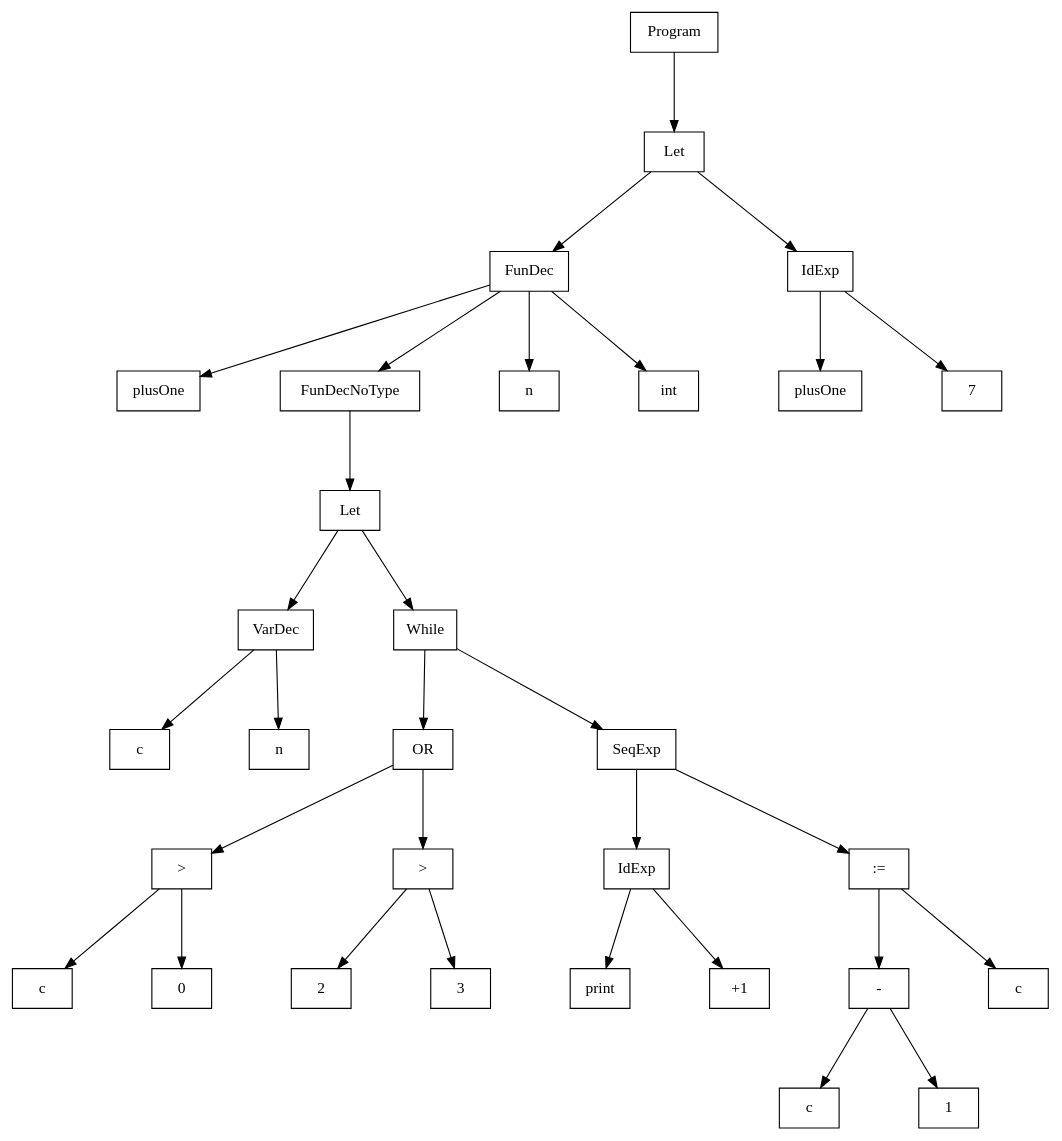
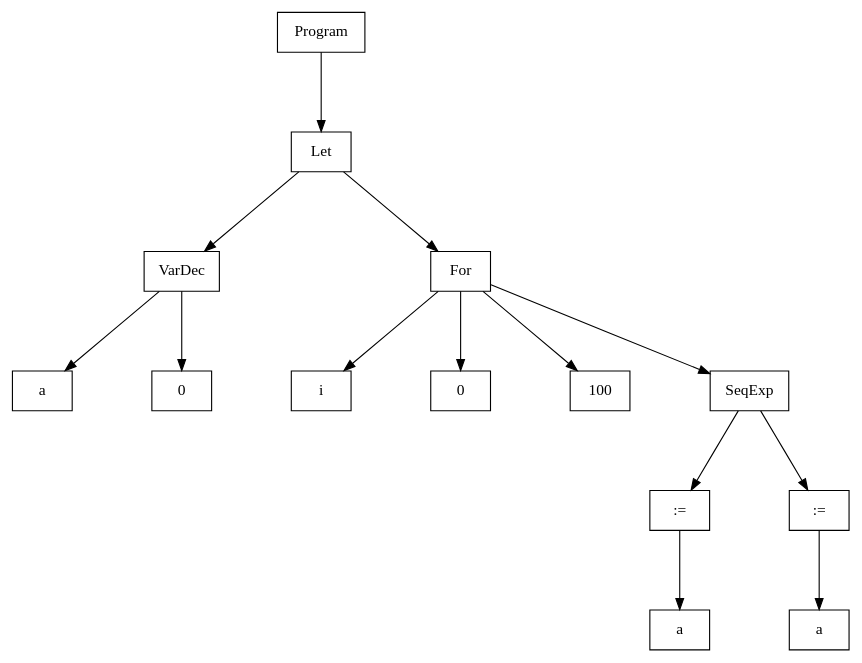
Before and after one commit to BigBaz54/Tiger_compiler: the diagram in out/tree.dot, drawn with Graphviz. The commit also changed 1 other file, not shown here.

```diff
--- a/out/tree.dot
+++ b/out/tree.dot
@@ -1,68 +1,34 @@
 digraph "ast"{
 
 	nodesep=1;
 	ranksep=1;
 
 	N1 [label="Let", shape="box"];
-	N2 [label="FunDec", shape="box"];
-	N3 [label="plusOne", shape="box"];
-	N4 [label="FunDecNoType", shape="box"];
-	N5 [label="Let", shape="box"];
-	N6 [label="VarDec", shape="box"];
-	N7 [label="c", shape="box"];
-	N8 [label="n", shape="box"];
-	N9 [label="While", shape="box"];
-	N10 [label="OR", shape="box"];
-	N11 [label=">", shape="box"];
-	N12 [label="c", shape="box"];
-	N13 [label="0", shape="box"];
-	N14 [label=">", shape="box"];
-	N15 [label="2", shape="box"];
-	N16 [label="3", shape="box"];
-	N17 [label="SeqExp", shape="box"];
-	N18 [label="IdExp", shape="box"];
-	N19 [label="print", shape="box"];
-	N20 [label="+1", shape="box"];
-	N22 [label="-", shape="box"];
-	N23 [label="c", shape="box"];
-	N24 [label="1", shape="box"];
-	N21 [label=":=", shape="box"];
-	N25 [label="c", shape="box"];
-	N26 [label="n", shape="box"];
-	N27 [label="int", shape="box"];
-	N28 [label="IdExp", shape="box"];
-	N29 [label="plusOne", shape="box"];
-	N30 [label="7", shape="box"];
+	N2 [label="VarDec", shape="box"];
+	N3 [label="a", shape="box"];
+	N4 [label="0", shape="box"];
+	N5 [label="For", shape="box"];
+	N6 [label="i", shape="box"];
+	N7 [label="0", shape="box"];
+	N8 [label="100", shape="box"];
+	N9 [label="SeqExp", shape="box"];
+	N10 [label=":=", shape="box"];
+	N11 [label="a", shape="box"];
+	N12 [label=":=", shape="box"];
+	N13 [label="a", shape="box"];
 	N0 [label="Program", shape="box"];
 
-	N6 -> N7; 
-	N6 -> N8; 
-	N5 -> N6; 
-	N11 -> N12; 
-	N11 -> N13; 
-	N14 -> N15; 
-	N14 -> N16; 
-	N10 -> N11; 
-	N10 -> N14; 
-	N18 -> N19; 
-	N18 -> N20; 
-	N17 -> N18; 
-	N22 -> N23; 
-	N22 -> N24; 
-	N21 -> N22; 
-	N21 -> N25; 
-	N17 -> N21; 
-	N9 -> N10; 
-	N9 -> N17; 
-	N5 -> N9; 
-	N4 -> N5; 
 	N2 -> N3; 
 	N2 -> N4; 
-	N2 -> N26; 
-	N2 -> N27; 
 	N1 -> N2; 
-	N28 -> N29; 
-	N28 -> N30; 
-	N1 -> N28; 
+	N10 -> N11; 
+	N9 -> N10; 
+	N12 -> N13; 
+	N9 -> N12; 
+	N5 -> N6; 
+	N5 -> N7; 
+	N5 -> N8; 
+	N5 -> N9; 
+	N1 -> N5; 
 	N0 -> N1; 
 }
```
